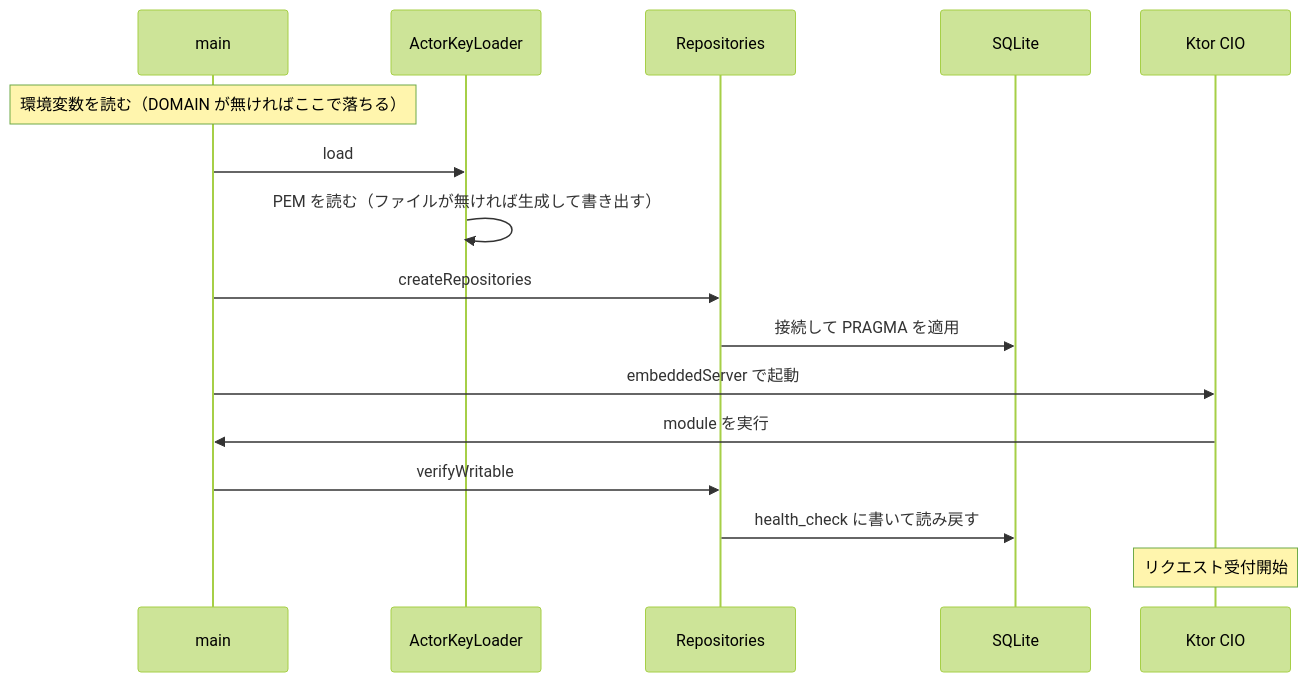
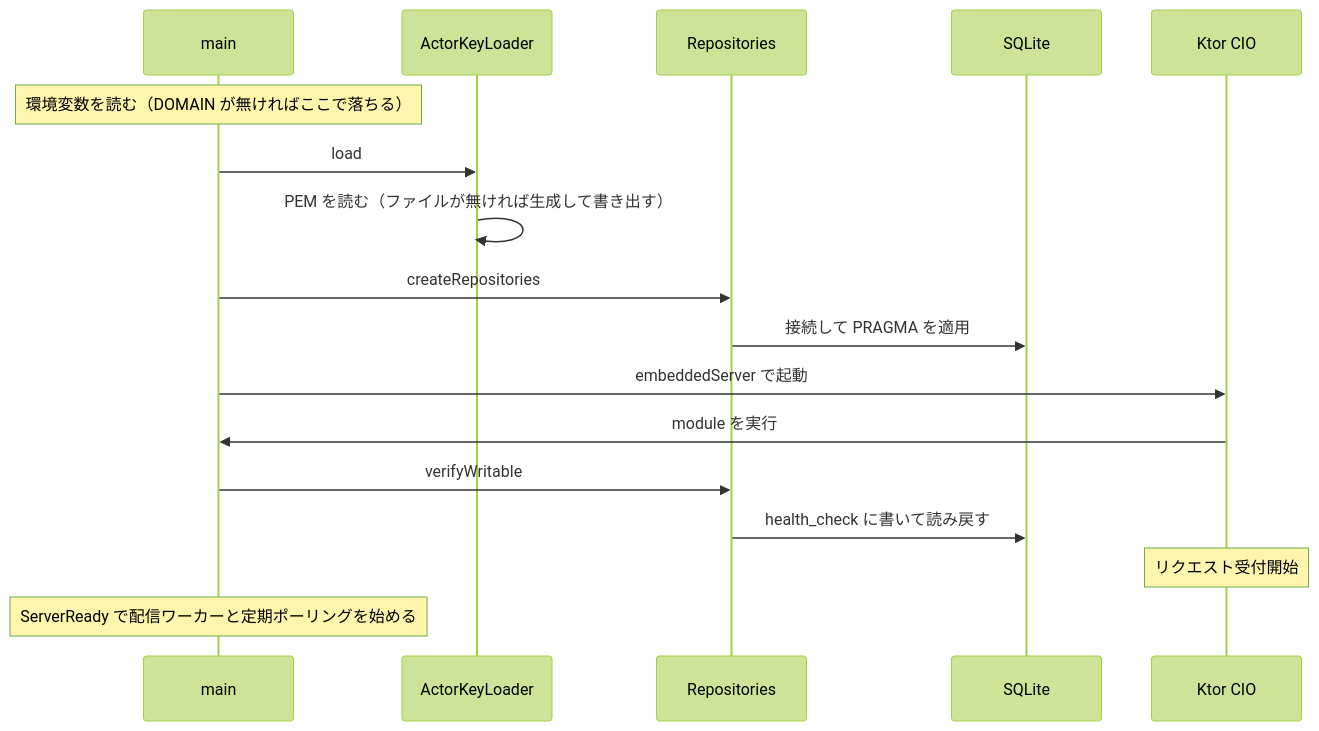
One commit to matsudamper/mastodon-rss changed the second of 2 diagrams in docs/architecture.md. Above: the diagram before and after it, drawn with Mermaid (forest theme). The commit also changed other lines of this file and 2 other files, not shown here.

````diff
--- a/docs/architecture.md
+++ b/docs/architecture.md
@@ -321,19 +354,20 @@
 ```mermaid
 sequenceDiagram
     participant M as main
     participant A as ActorKeyLoader
     participant R as Repositories
     participant DB as SQLite
     participant K as Ktor CIO
 
     Note over M: 環境変数を読む（DOMAIN が無ければここで落ちる）
     M->>A: load
     A->>A: PEM を読む（ファイルが無ければ生成して書き出す）
     M->>R: createRepositories
     R->>DB: 接続して PRAGMA を適用
     M->>K: embeddedServer で起動
     K->>M: module を実行
     M->>R: verifyWritable
     R->>DB: health_check に書いて読み戻す
     Note over K: リクエスト受付開始
+    Note over M: ServerReady で配信ワーカーと定期ポーリングを始める
 ```
````
